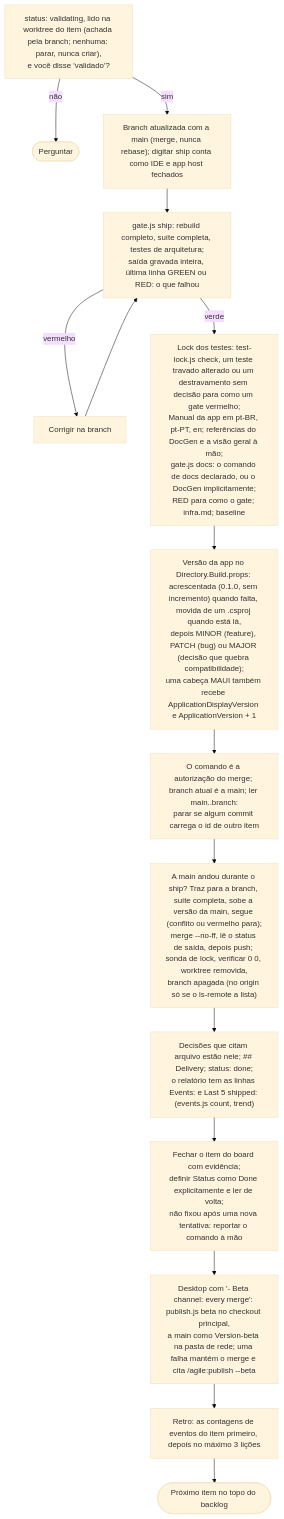
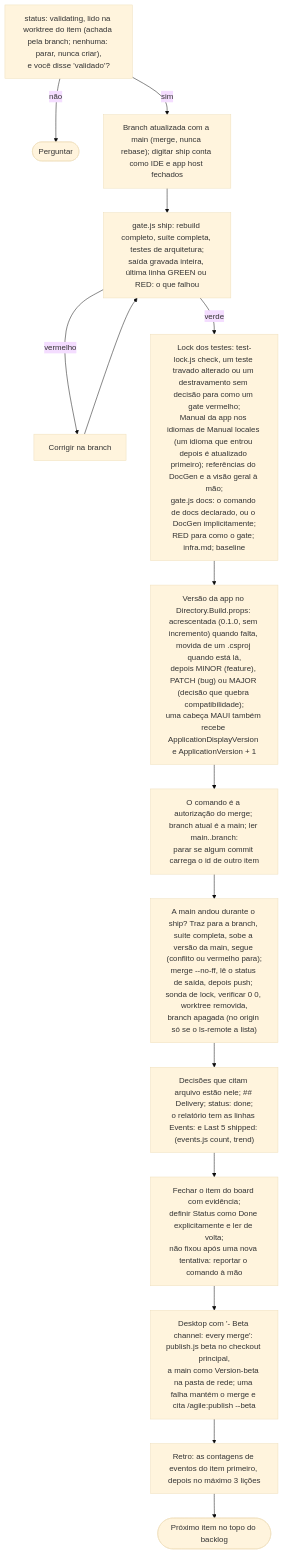
Before and after one commit to alexcanario/simulab: diagram 13 of 23 in docs/agile/workflow.pt-BR.md, drawn with Mermaid (base theme). The commit also changed other lines of this file and 13 other files, not shown here.

````diff
--- a/docs/agile/workflow.pt-BR.md
+++ b/docs/agile/workflow.pt-BR.md
@@ -957,17 +967,17 @@
 ```mermaid
 flowchart TD
     A["status: validating, lido na worktree do item (achada pela branch; nenhuma: parar, nunca criar),<br/>e você disse 'validado'?"] -->|não| A1(["Perguntar"])
     A -->|sim| B["Branch atualizada com a main (merge, nunca rebase); digitar ship conta como IDE e app host fechados"]
     B --> C["gate.js ship: rebuild completo, suíte completa, testes de arquitetura;<br/>saída gravada inteira, última linha GREEN ou RED: o que falhou"]
     C -->|vermelho| C1["Corrigir na branch"]
     C1 --> C
-    C -->|verde| D["Lock dos testes: test-lock.js check, um teste travado alterado ou um destravamento sem decisão para como um gate vermelho;<br/>Manual da app em pt-BR, pt-PT, en; referências do DocGen e a visão geral à mão;<br/>gate.js docs: o comando de docs declarado, ou o DocGen implicitamente;<br/>RED para como o gate; infra.md; baseline"]
+    C -->|verde| D["Lock dos testes: test-lock.js check, um teste travado alterado ou um destravamento sem decisão para como um gate vermelho;<br/>Manual da app nos idiomas de Manual locales (um idioma que entrou depois é atualizado primeiro); referências do DocGen e a visão geral à mão;<br/>gate.js docs: o comando de docs declarado, ou o DocGen implicitamente;<br/>RED para como o gate; infra.md; baseline"]
     D --> D1["Versão da app no Directory.Build.props: acrescentada (0.1.0, sem incremento) quando falta, movida de um .csproj quando está lá,<br/>depois MINOR (feature), PATCH (bug) ou MAJOR (decisão que quebra compatibilidade);<br/>uma cabeça MAUI também recebe ApplicationDisplayVersion e ApplicationVersion + 1"]
     D1 --> E2["O comando é a autorização do merge; branch atual é a main; ler main..branch:<br/>parar se algum commit carrega o id de outro item"]
     E2 --> F["A main andou durante o ship? Traz para a branch, suíte completa, sobe a versão da main, segue (conflito ou vermelho para);<br/>merge --no-ff, lê o status de saída, depois push; sonda de lock, verificar 0 0, worktree removida,<br/>branch apagada (no origin só se o ls-remote a lista)"]
     F --> G["Decisões que citam arquivo estão nele; ## Delivery; status: done;<br/>o relatório tem as linhas Events: e Last 5 shipped: (events.js count, trend)"]
     G --> H["Fechar o item do board com evidência;<br/>definir Status como Done explicitamente e ler de volta;<br/>não fixou após uma nova tentativa: reportar o comando à mão"]
     H --> H2["Desktop com '- Beta channel: every merge': publish.js beta no checkout principal,<br/>a main como Version-beta na pasta de rede; uma falha mantém o merge e cita /agile:publish --beta"]
     H2 --> I["Retro: as contagens de eventos do item primeiro, depois no máximo 3 lições"]
     I --> J(["Próximo item no topo do backlog"])
 ```
````
